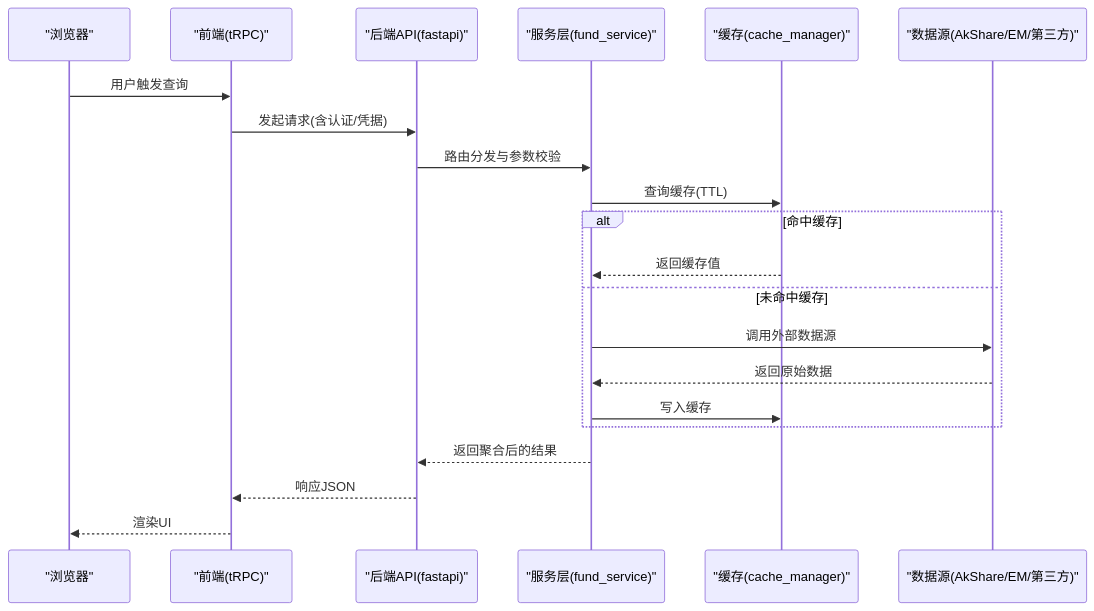
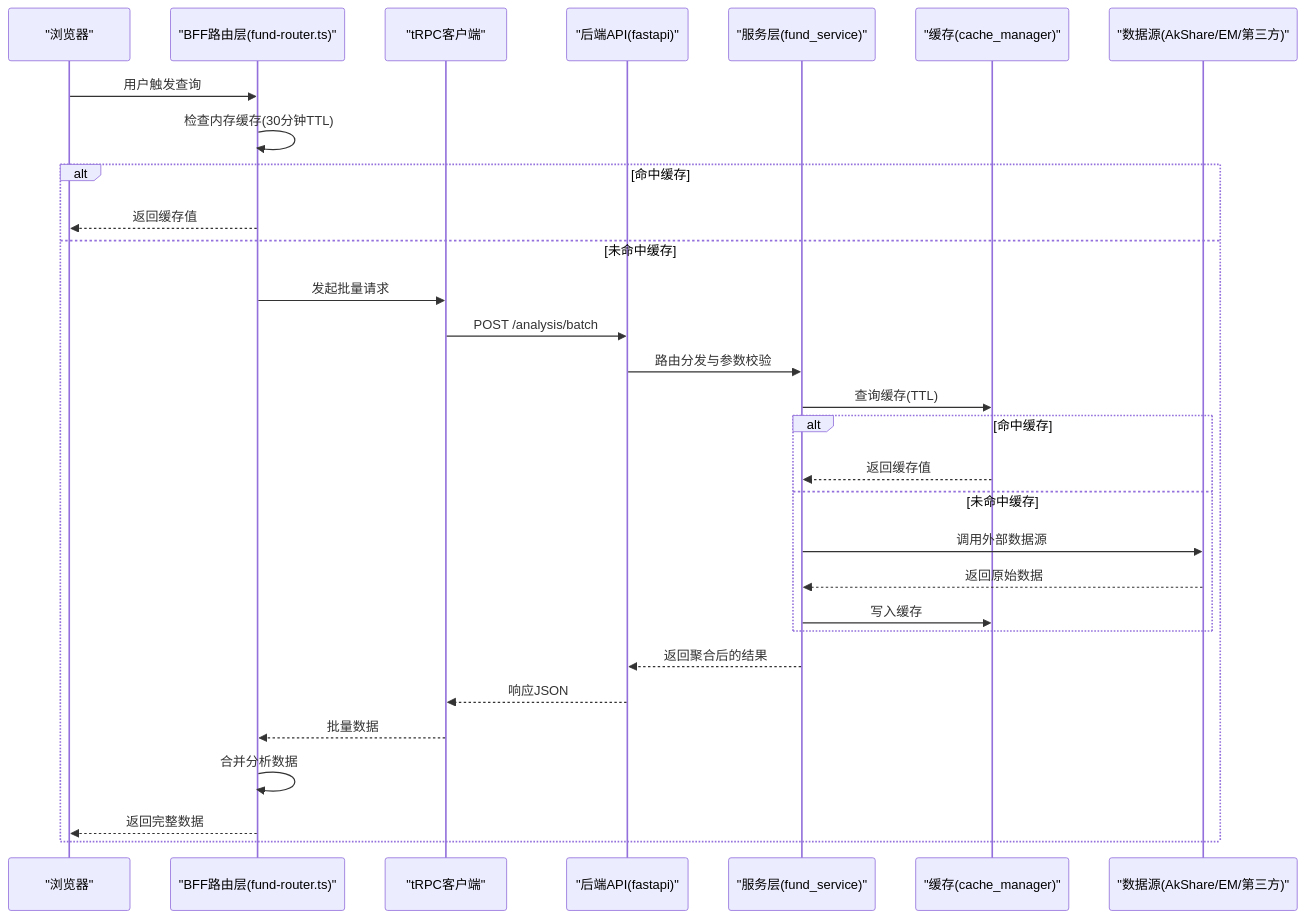
The second of 6 diagrams in .qoder/repowiki/zh/content/开发者指南/性能优化.md (youkell85/FundTrader), drawn with Mermaid before and after one commit. The commit also changed other lines of this file and 7 other files, not shown here.

````diff
--- a/.qoder/repowiki/zh/content/开发者指南/性能优化.md
+++ b/.qoder/repowiki/zh/content/开发者指南/性能优化.md
@@ -122,23 +141,32 @@
 ```mermaid
 sequenceDiagram
 participant Browser as "浏览器"
-participant Frontend as "前端(tRPC)"
+participant BFF as "BFF路由层(fund-router.ts)"
+participant TRPC as "tRPC客户端"
 participant API as "后端API(fastapi)"
 participant Service as "服务层(fund_service)"
 participant Cache as "缓存(cache_manager)"
 participant Data as "数据源(AkShare/EM/第三方)"
-Browser->>Frontend : 用户触发查询
-Frontend->>API : 发起请求(含认证/凭据)
+Browser->>BFF : 用户触发查询
+BFF->>BFF : 检查内存缓存(30分钟TTL)
+alt 命中缓存
+BFF-->>Browser : 返回缓存值
+else 未命中缓存
+BFF->>TRPC : 发起批量请求
+TRPC->>API : POST /analysis/batch
 API->>Service : 路由分发与参数校验
 Service->>Cache : 查询缓存(TTL)
 alt 命中缓存
 Cache-->>Service : 返回缓存值
 else 未命中缓存
 Service->>Data : 调用外部数据源
 Data-->>Service : 返回原始数据
 Service->>Cache : 写入缓存
 end
 Service-->>API : 返回聚合后的结果
-API-->>Frontend : 响应JSON
-Frontend-->>Browser : 渲染UI
+API-->>TRPC : 响应JSON
+TRPC-->>BFF : 批量数据
+BFF->>BFF : 合并分析数据
+BFF-->>Browser : 返回完整数据
+end
 ```
````
